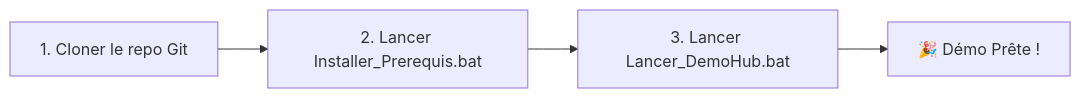
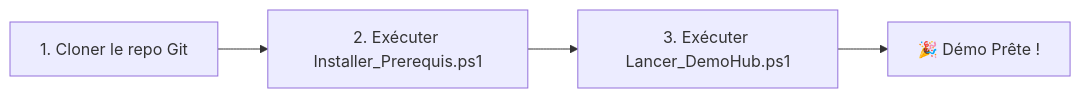
Before and after one commit to JuGhithub/CopilotPlusDemoHub: the second of 2 diagrams in README.md, drawn with Mermaid. The commit also changed other lines of this file and 11 other files, not shown here.

````diff
--- a/README.md
+++ b/README.md
@@ -98,6 +98,6 @@
 ```mermaid
 flowchart LR
-    Clone["1. Cloner le repo Git"] --> Install["2. Lancer Installer_Prerequis.bat"]
-    Install --> Run["3. Lancer Lancer_DemoHub.bat"]
+    Clone["1. Cloner le repo Git"] --> Install["2. Exécuter Installer_Prerequis.ps1"]
+    Install --> Run["3. Exécuter Lancer_DemoHub.ps1"]
     Run --> Enjoy["🎉 Démo Prête !"]
 ```
````
